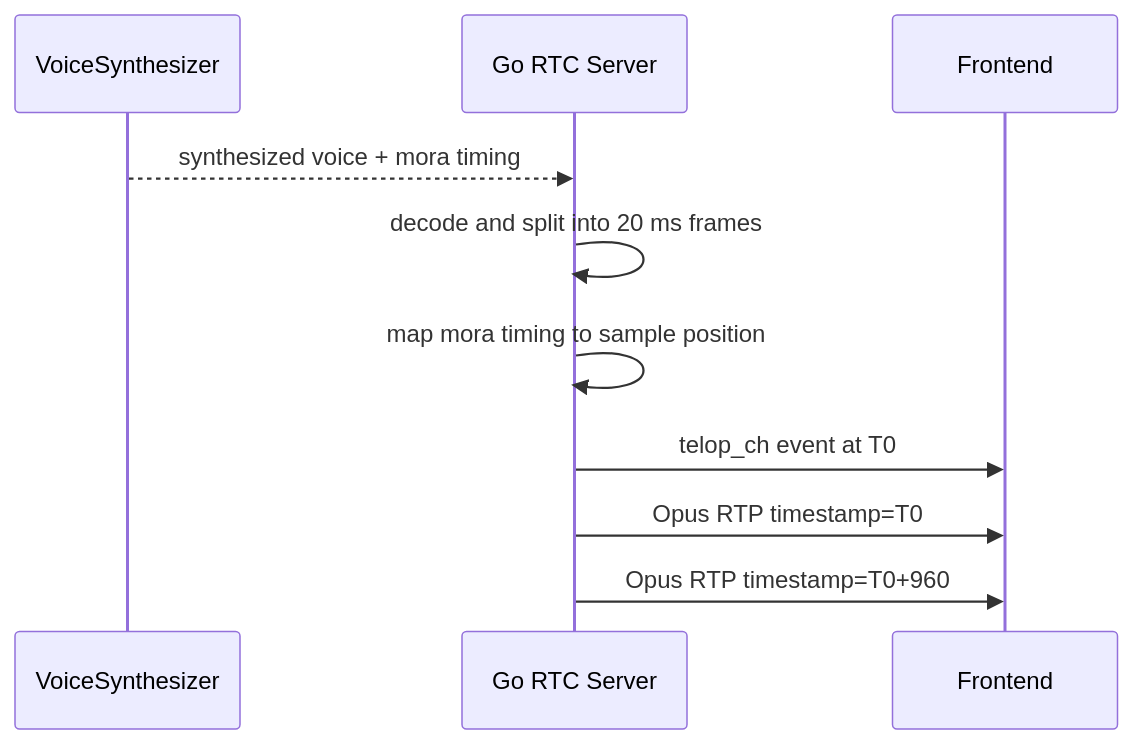
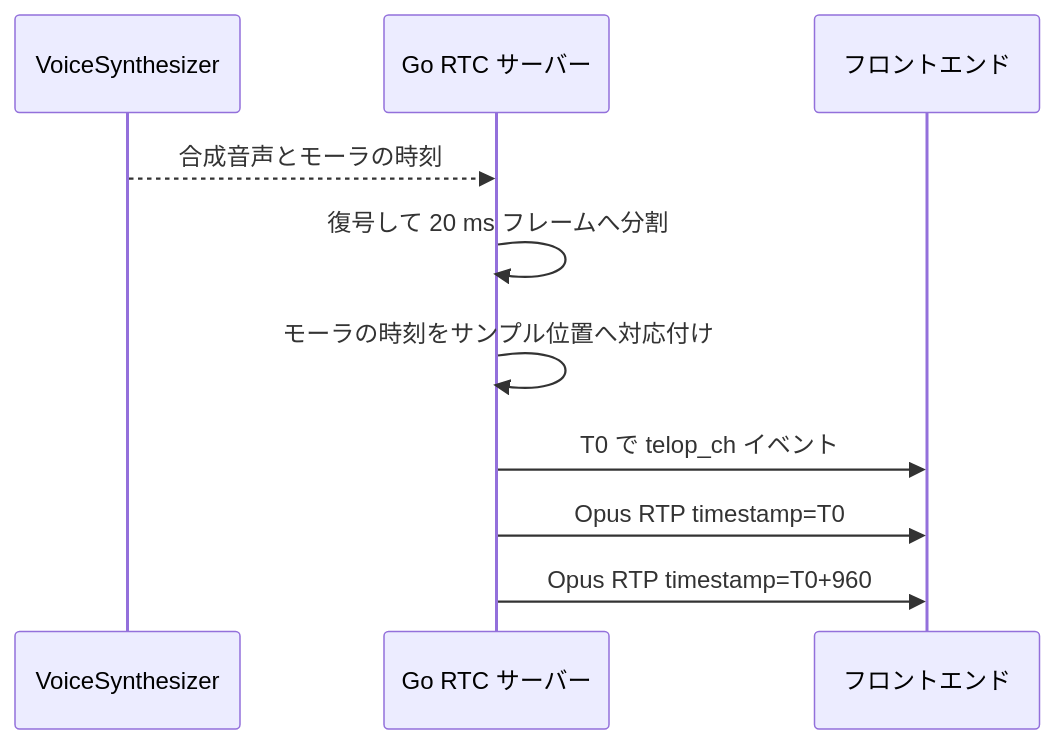
One commit to Sincromisor/Sincromisor changed the fifth of 5 diagrams in documents/migration/pion/target-architecture.md. Above: the diagram before and after it, drawn with Mermaid. The commit also changed other lines of this file and 94 other files, not shown here.

````diff
--- a/documents/migration/pion/target-architecture.md
+++ b/documents/migration/pion/target-architecture.md
@@ -239,13 +239,13 @@
 ```mermaid
 sequenceDiagram
     participant V as VoiceSynthesizer
-    participant G as Go RTC Server
-    participant F as Frontend
+    participant G as Go RTC サーバー
+    participant F as フロントエンド
 
-    V-->>G: synthesized voice + mora timing
-    G->>G: decode and split into 20 ms frames
-    G->>G: map mora timing to sample position
-    G->>F: telop_ch event at T0
+    V-->>G: 合成音声とモーラの時刻
+    G->>G: 復号して 20 ms フレームへ分割
+    G->>G: モーラの時刻をサンプル位置へ対応付け
+    G->>F: T0 で telop_ch イベント
     G->>F: Opus RTP timestamp=T0
     G->>F: Opus RTP timestamp=T0+960
 ```
````
